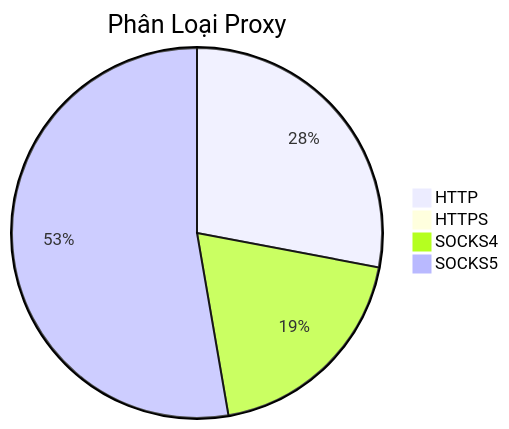
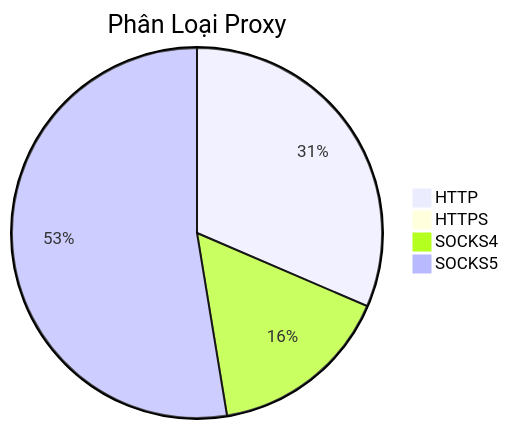
The diagram in README.md (Ciara-12/PROXY-free), drawn with Mermaid before and after one commit. The commit also changed other lines of this file and 4 other files, not shown here.

````diff
--- a/README.md
+++ b/README.md
@@ -26,7 +26,7 @@
 ```mermaid
 pie title Phân Loại Proxy
-    "HTTP" : 535
-    "HTTPS" : 0
-    "SOCKS4" : 369
-    "SOCKS5" : 1008
+    "HTTP" : 582
+    "HTTPS" : 2
+    "SOCKS4" : 295
+    "SOCKS5" : 973
 ```
````
